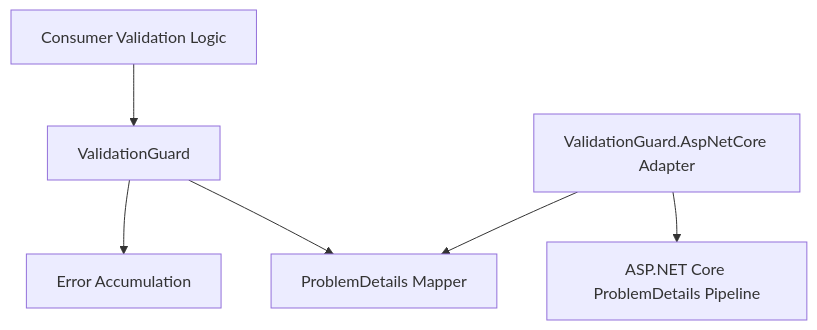
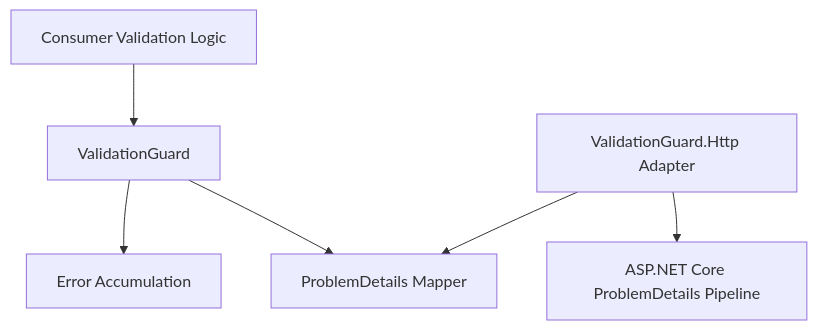
One commit to nefremov/ValidationGuard changed the first of 3 diagrams in docs/DESIGN.md. Above: the diagram before and after it, drawn with Mermaid. The commit also changed other lines of this file and 29 other files, not shown here.

First line of the commit message:
feat(http): add ValidationGuard.Http with metadata-declared status mapping

````diff
--- a/docs/DESIGN.md
+++ b/docs/DESIGN.md
@@ -75,8 +76,8 @@
 ```mermaid
 graph TD
     A[Consumer Validation Logic] --> B[ValidationGuard]
     B --> C[Error Accumulation]
     B --> D[ProblemDetails Mapper]
-    E[ValidationGuard.AspNetCore Adapter] --> D
+    E[ValidationGuard.Http Adapter] --> D
     E --> F[ASP.NET Core ProblemDetails Pipeline]
 ```
````
